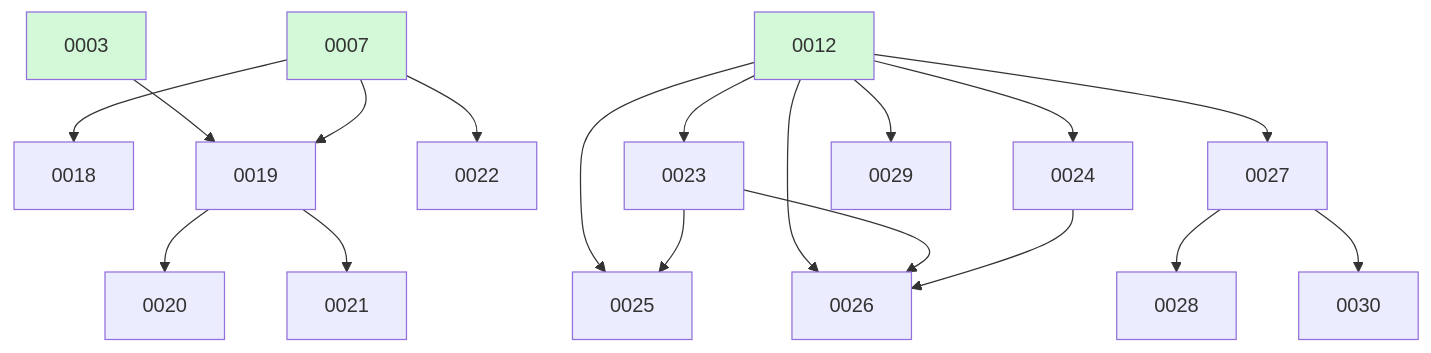
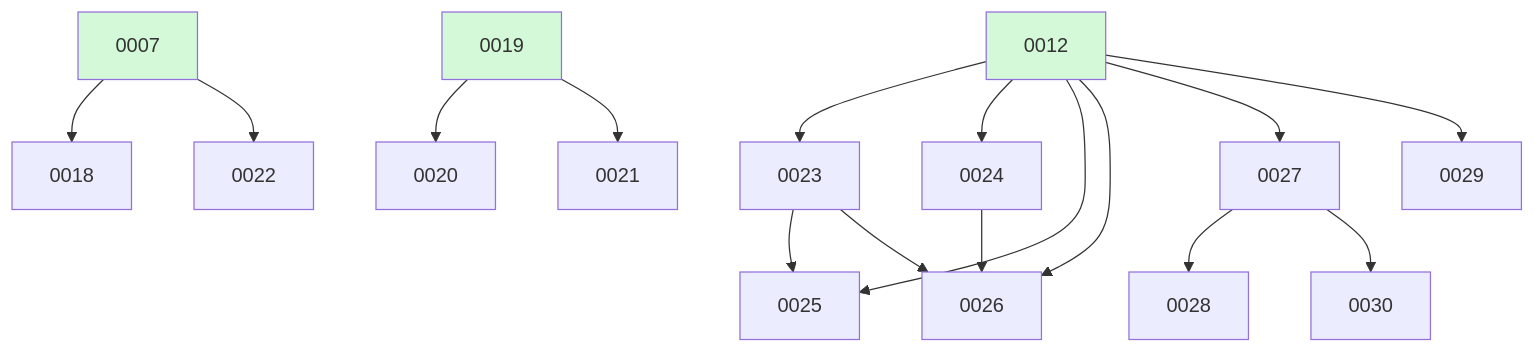
The diagram in docs/changes/BOARD.md (ethanhinson/fuse), drawn with Mermaid before and after one commit. The commit also changed other lines of this file, not shown here.

````diff
--- a/docs/changes/BOARD.md
+++ b/docs/changes/BOARD.md
@@ -28,24 +22,22 @@
 ```mermaid
 graph TD
   0007 --> 0018
-  0003 --> 0019
-  0007 --> 0019
   0019 --> 0020
   0019 --> 0021
   0007 --> 0022
   0012 --> 0023
   0012 --> 0024
   0012 --> 0025
   0023 --> 0025
   0012 --> 0026
   0023 --> 0026
   0024 --> 0026
   0012 --> 0027
   0027 --> 0028
   0012 --> 0029
   0027 --> 0030
-  0003:::done
   0007:::done
   0012:::done
+  0019:::done
   classDef done fill:#d3f9d8;
 ```
````
